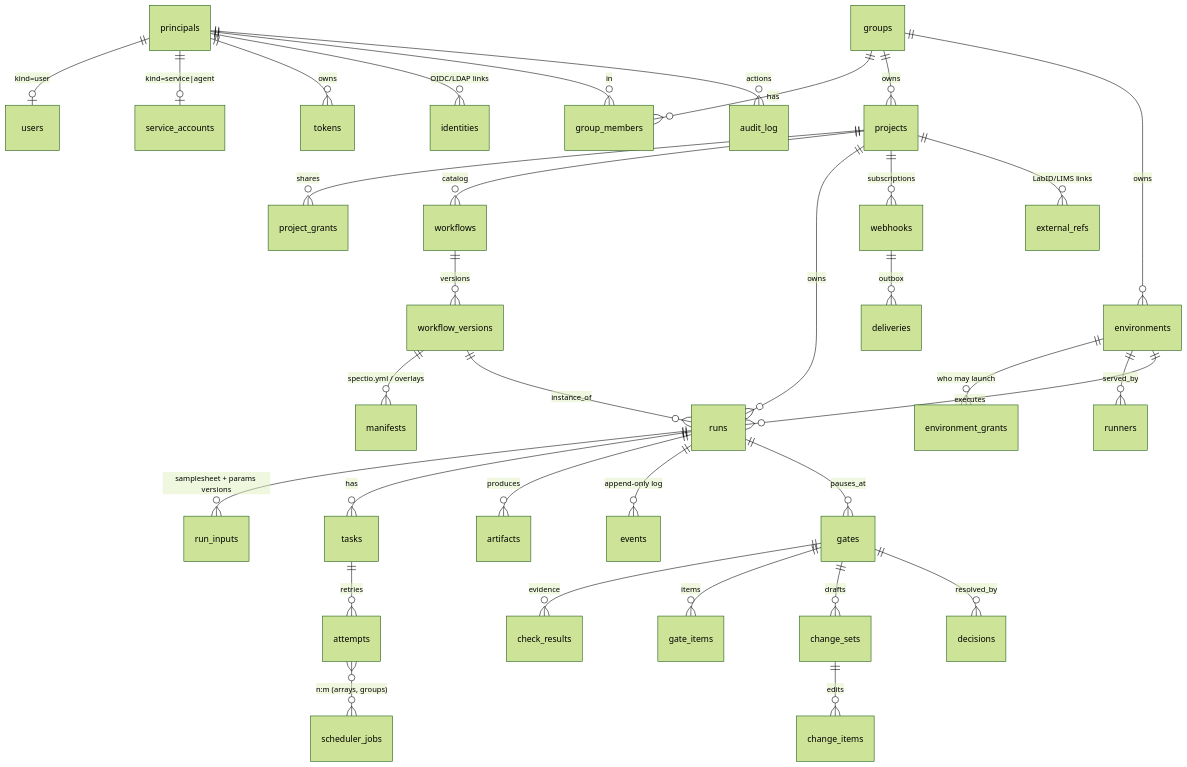
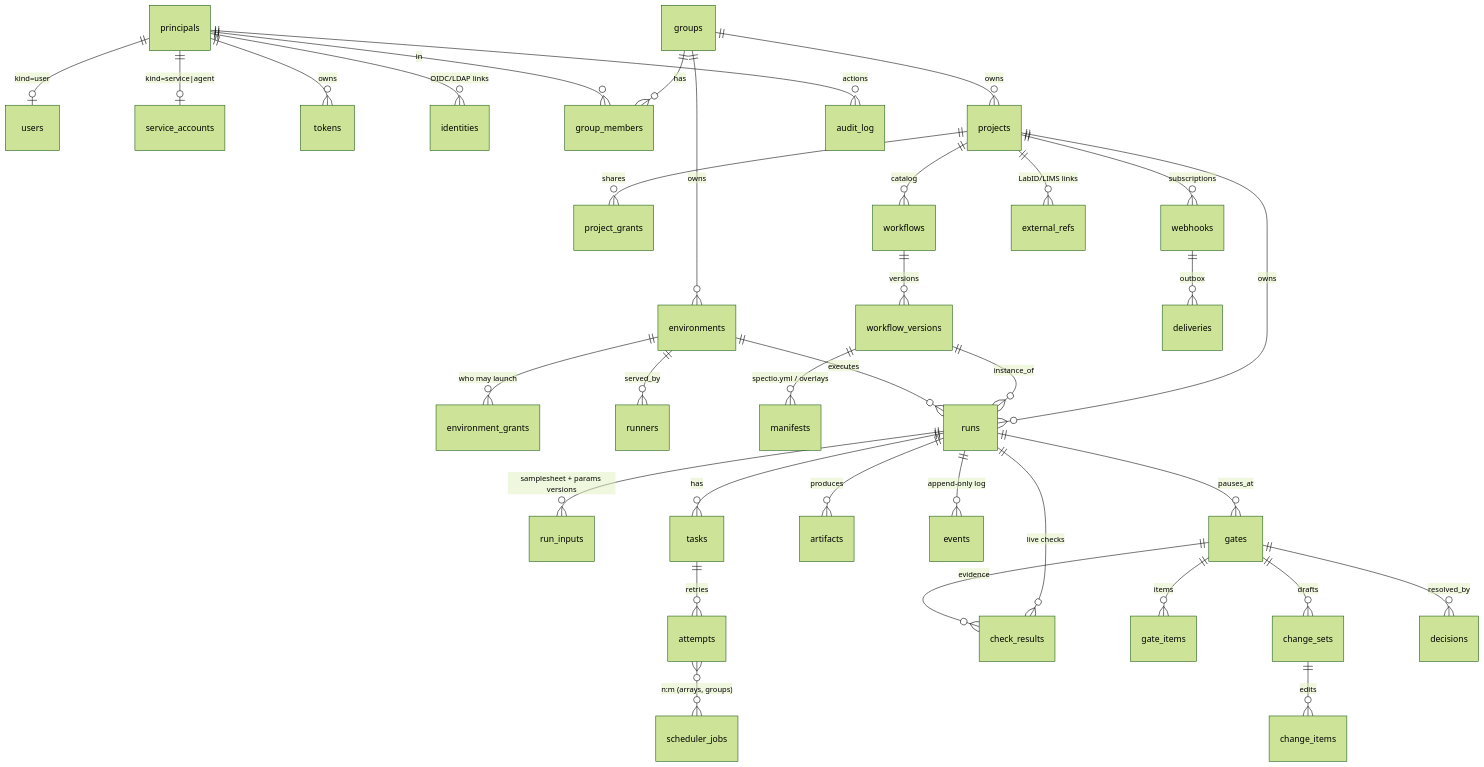
One commit to spectio-org/spectio changed the second of 2 diagrams in docs/specs/api-and-data-model.md. Above: the diagram before and after it, drawn with Mermaid (forest theme). The commit also changed other lines of this file and 11 other files, not shown here.

First line of the commit message:
spec(checks): watched stages and live per-file checks; one QC catalogue for Spectio and depictio

````diff
--- a/docs/specs/api-and-data-model.md
+++ b/docs/specs/api-and-data-model.md
@@ -172,36 +172,37 @@
 ```mermaid
 erDiagram
   principals ||--o| users : "kind=user"
   principals ||--o| service_accounts : "kind=service|agent"
   principals ||--o{ tokens : owns
   principals ||--o{ identities : "OIDC/LDAP links"
   groups ||--o{ group_members : has
   principals ||--o{ group_members : in
   groups ||--o{ projects : owns
   projects ||--o{ project_grants : shares
   groups ||--o{ environments : owns
   environments ||--o{ environment_grants : "who may launch"
   environments ||--o{ runners : served_by
   projects ||--o{ workflows : catalog
   workflows ||--o{ workflow_versions : versions
   workflow_versions ||--o{ manifests : "spectio.yml / overlays"
   projects ||--o{ runs : owns
   workflow_versions ||--o{ runs : instance_of
   environments ||--o{ runs : executes
   runs ||--o{ run_inputs : "samplesheet + params versions"
   runs ||--o{ tasks : has
   tasks ||--o{ attempts : retries
   attempts }o--o{ scheduler_jobs : "n:m (arrays, groups)"
   runs ||--o{ artifacts : produces
   runs ||--o{ events : "append-only log"
   runs ||--o{ gates : pauses_at
+  runs ||--o{ check_results : "live checks"
   gates ||--o{ check_results : evidence
   gates ||--o{ gate_items : items
   gates ||--o{ change_sets : drafts
   change_sets ||--o{ change_items : edits
   gates ||--o{ decisions : resolved_by
   projects ||--o{ webhooks : subscriptions
   webhooks ||--o{ deliveries : outbox
   projects ||--o{ external_refs : "LabID/LIMS links"
   principals ||--o{ audit_log : actions
 ```
````
